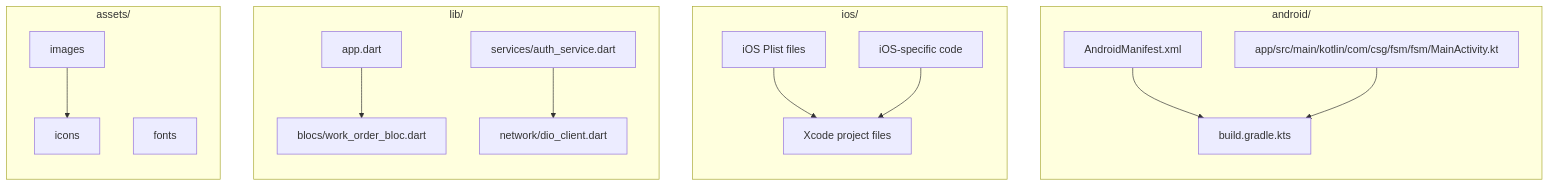
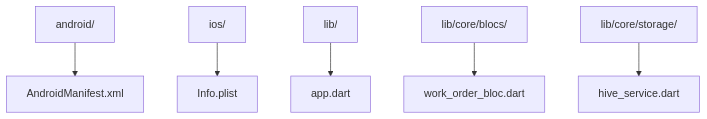
Before and after one commit to jahnavi783/fsm: the diagram in DOCUMENTATION.md, drawn with Mermaid. The commit also changed other lines of this file, not shown here.

````diff
--- a/DOCUMENTATION.md
+++ b/DOCUMENTATION.md
@@ -29,39 +33,8 @@
 ```mermaid
 flowchart TD
-    subgraph android/
-        direction TB
-        A[AndroidManifest.xml]
-        B[build.gradle.kts]
-        C[app/src/main/kotlin/com/csg/fsm/fsm/MainActivity.kt]
-    end
-
-    subgraph ios/
-        direction TB
-        D[iOS Plist files]
-        E[Xcode project files]
-        F[iOS-specific code]
-    end
-
-    subgraph lib/
-        direction TB
-        G[app.dart]
-        H[blocs/work_order_bloc.dart]
-        I[services/auth_service.dart]
-        J[network/dio_client.dart]
-    end
-
-    subgraph assets/
-        direction TB
-        K[images]
-        L[fonts]
-        M[icons]
-    end
-
-    A --> B
-    C --> B
-    D --> E
-    F --> E
-    G --> H
-    I --> J
-    K --> M
+    A[android/] --> B[AndroidManifest.xml]
+    C[ios/] --> D[Info.plist]
+    E[lib/] --> F[app.dart]
+    G[lib/core/blocs/] --> H[work_order_bloc.dart]
+    I[lib/core/storage/] --> J[hive_service.dart]
 ```
````
